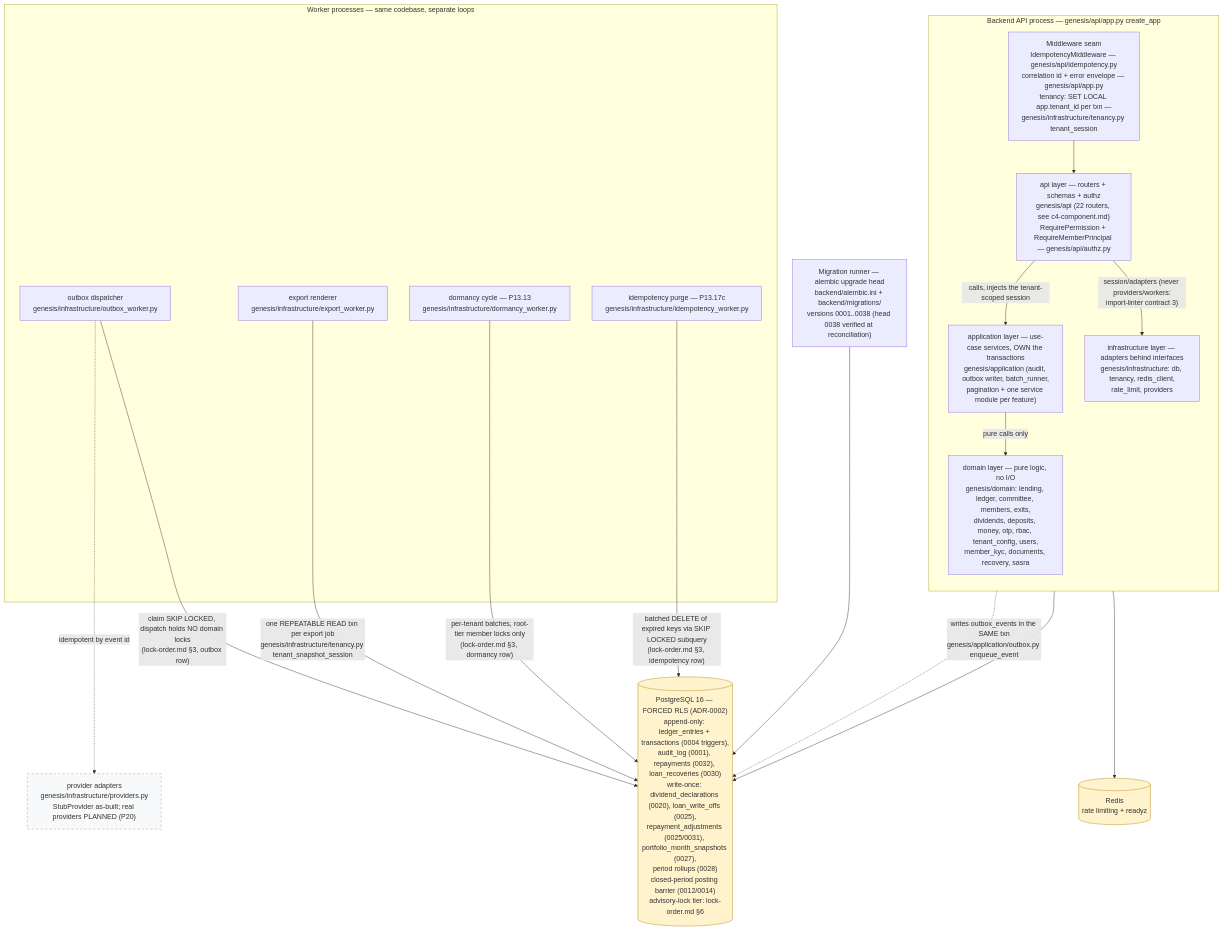
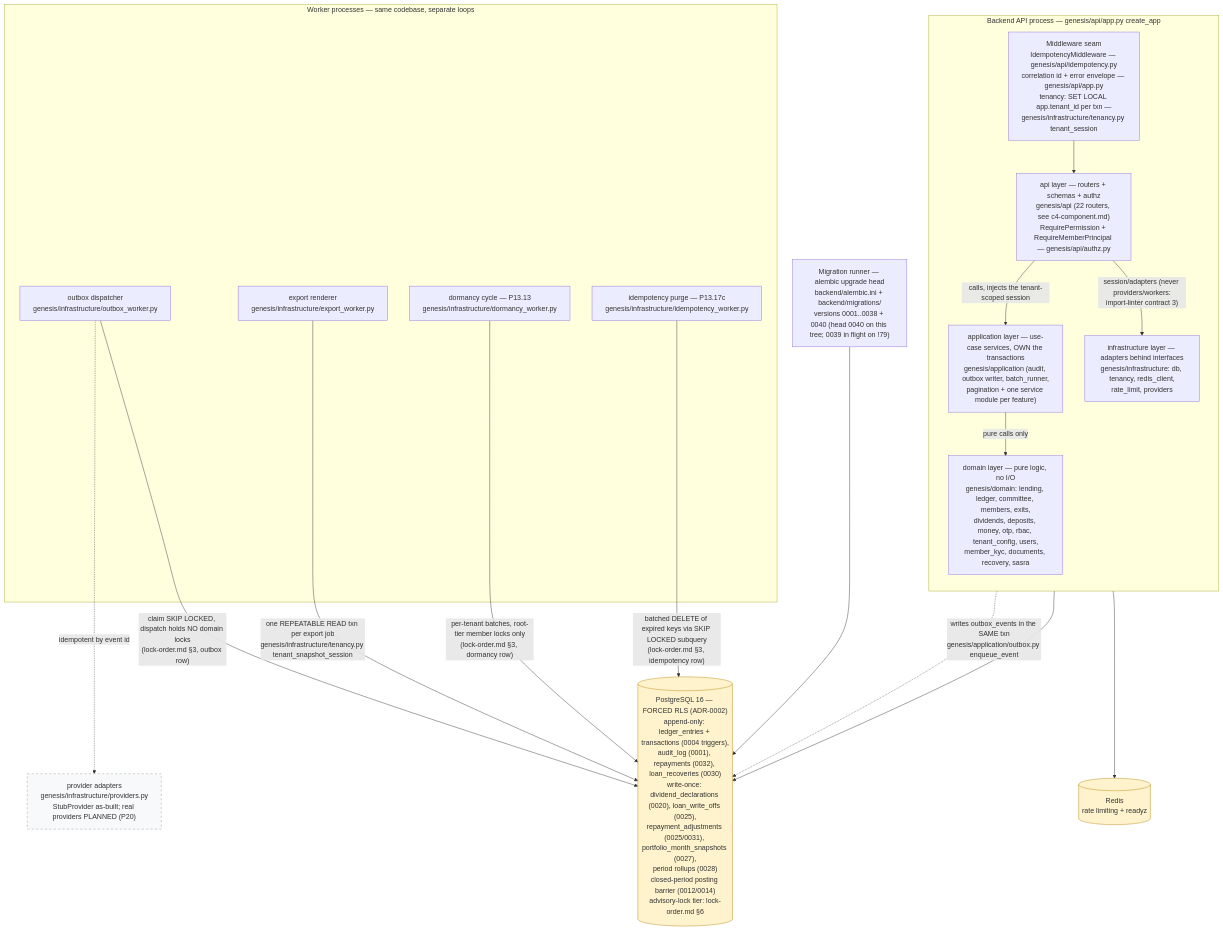
One commit to Benson-Kim/genesis-sacco changed the diagram in docs/diagrams/c4-container.md. Above: the diagram before and after it, drawn with Mermaid. The commit also changed other lines of this file and 1 other file, not shown here.

First line of the commit message:
docs(diagrams): C4 head citations 0038 -> 0040 (rule 11 same-MR refresh)

````diff
--- a/docs/diagrams/c4-container.md
+++ b/docs/diagrams/c4-container.md
@@ -39,45 +46,45 @@
 ```mermaid
 flowchart TB
     %% Authored against main @ 08541b860f1445b16c342c39b6606d86b9dbeb17
     %% L2 containers — layering per backend/pyproject.toml [tool.importlinter].
 
     subgraph BE["Backend API process — genesis/api/app.py create_app"]
         direction TB
         MW["Middleware seam<br/>IdempotencyMiddleware — genesis/api/idempotency.py<br/>correlation id + error envelope — genesis/api/app.py<br/>tenancy: SET LOCAL app.tenant_id per txn —<br/>genesis/infrastructure/tenancy.py tenant_session"]
         APIL["api layer — routers + schemas + authz<br/>genesis/api (22 routers, see c4-component.md)<br/>RequirePermission + RequireMemberPrincipal — genesis/api/authz.py"]
         APPL["application layer — use-case services, OWN the transactions<br/>genesis/application (audit, outbox writer, batch_runner,<br/>pagination + one service module per feature)"]
         DOM["domain layer — pure logic, no I/O<br/>genesis/domain: lending, ledger, committee, members, exits,<br/>dividends, deposits, money, otp, rbac, tenant_config, users,<br/>member_kyc, documents, recovery, sasra"]
         INF["infrastructure layer — adapters behind interfaces<br/>genesis/infrastructure: db, tenancy, redis_client,<br/>rate_limit, providers"]
         MW --> APIL
         APIL -->|"calls, injects the tenant-scoped session"| APPL
         APPL -->|"pure calls only"| DOM
         APIL -->|"session/adapters (never providers/workers:<br/>import-linter contract 3)"| INF
     end
 
     subgraph WK["Worker processes — same codebase, separate loops"]
         OBW["outbox dispatcher<br/>genesis/infrastructure/outbox_worker.py"]
         EXW["export renderer<br/>genesis/infrastructure/export_worker.py"]
         DMW["dormancy cycle — P13.13<br/>genesis/infrastructure/dormancy_worker.py"]
         IDW["idempotency purge — P13.17c<br/>genesis/infrastructure/idempotency_worker.py"]
     end
 
-    MIG["Migration runner — alembic upgrade head<br/>backend/alembic.ini + backend/migrations/<br/>versions 0001..0038 (head 0038 verified at reconciliation)"]
+    MIG["Migration runner — alembic upgrade head<br/>backend/alembic.ini + backend/migrations/<br/>versions 0001..0038 + 0040 (head 0040 on this tree; 0039 in flight on !79)"]
 
     PG[("PostgreSQL 16 — FORCED RLS (ADR-0002)<br/>append-only: ledger_entries + transactions (0004 triggers),<br/>audit_log (0001), repayments (0032), loan_recoveries (0030)<br/>write-once: dividend_declarations (0020), loan_write_offs (0025),<br/>repayment_adjustments (0025/0031), portfolio_month_snapshots (0027),<br/>period rollups (0028)<br/>closed-period posting barrier (0012/0014)<br/>advisory-lock tier: lock-order.md §6")]
     RD[("Redis<br/>rate limiting + readyz")]
 
     APPL -.->|"writes outbox_events in the SAME txn<br/>genesis/application/outbox.py enqueue_event"| PG
     INF --> PG
     INF --> RD
     OBW -->|"claim SKIP LOCKED, dispatch holds NO domain locks<br/>(lock-order.md §3, outbox row)"| PG
     EXW -->|"one REPEATABLE READ txn per export job<br/>genesis/infrastructure/tenancy.py tenant_snapshot_session"| PG
     DMW -->|"per-tenant batches, root-tier member locks only<br/>(lock-order.md §3, dormancy row)"| PG
     IDW -->|"batched DELETE of expired keys via SKIP LOCKED subquery<br/>(lock-order.md §3, idempotency row)"| PG
     OBW -.->|"idempotent by event id"| PROV["provider adapters<br/>genesis/infrastructure/providers.py<br/>StubProvider as-built; real providers PLANNED (P20)"]
     MIG --> PG
 
     classDef store fill:#fff3cd,stroke:#b8860b;
     class PG,RD store;
     classDef planned fill:#f8f9fa,stroke:#999,stroke-dasharray: 5 5;
     class PROV planned;
 ```
````
